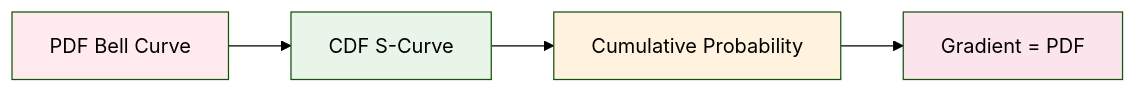
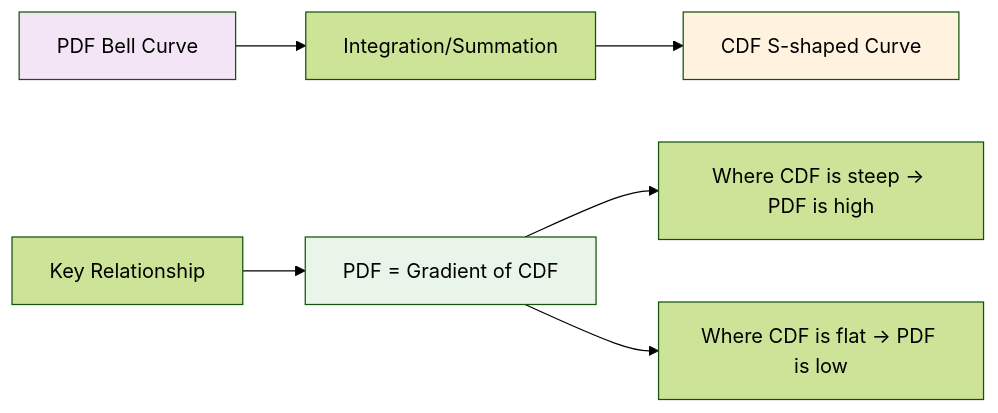
One commit to siddharthkumarrai/Statics changed the fourth of 10 diagrams in Advanced_statistics.md. Above: the diagram before and after it, drawn with Mermaid (forest theme). The commit also changed other lines of this file, not shown here.

````diff
--- a/Advanced_statistics.md
+++ b/Advanced_statistics.md
@@ -70,11 +95,13 @@
 ```mermaid
 graph LR
-    A[PDF Bell Curve] --> B[CDF S-Curve]
-    B --> C[Cumulative Probability]
-    C --> D[Gradient = PDF]
+    A[PDF Bell Curve] --> B[Integration/Summation]
+    B --> C[CDF S-shaped Curve]
     
-    style A fill:#ffebee
-    style B fill:#e8f5e8
+    D[Key Relationship] --> E[PDF = Gradient of CDF]
+    E --> F[Where CDF is steep → PDF is high]
+    E --> G[Where CDF is flat → PDF is low]
+    
+    style A fill:#f3e5f5
     style C fill:#fff3e0
-    style D fill:#fce4ec
+    style E fill:#e8f5e8
 ```
````
